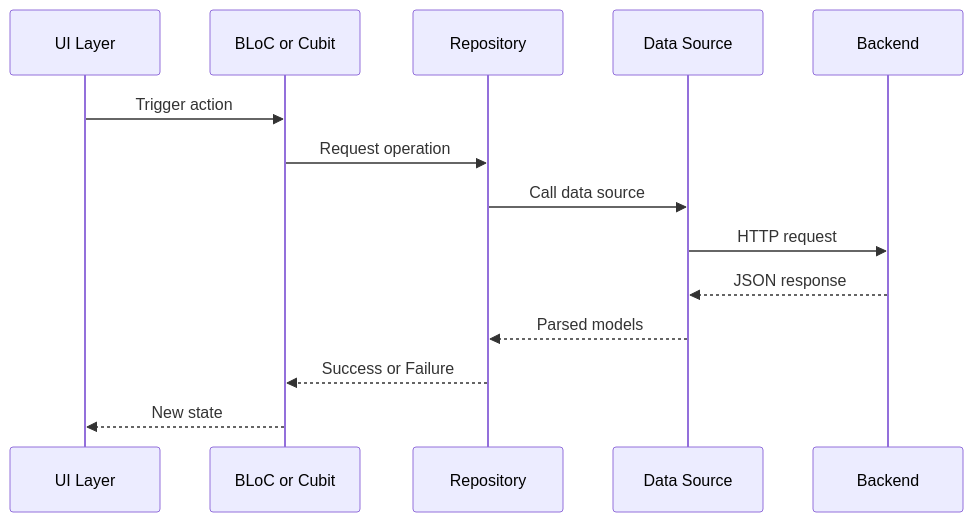
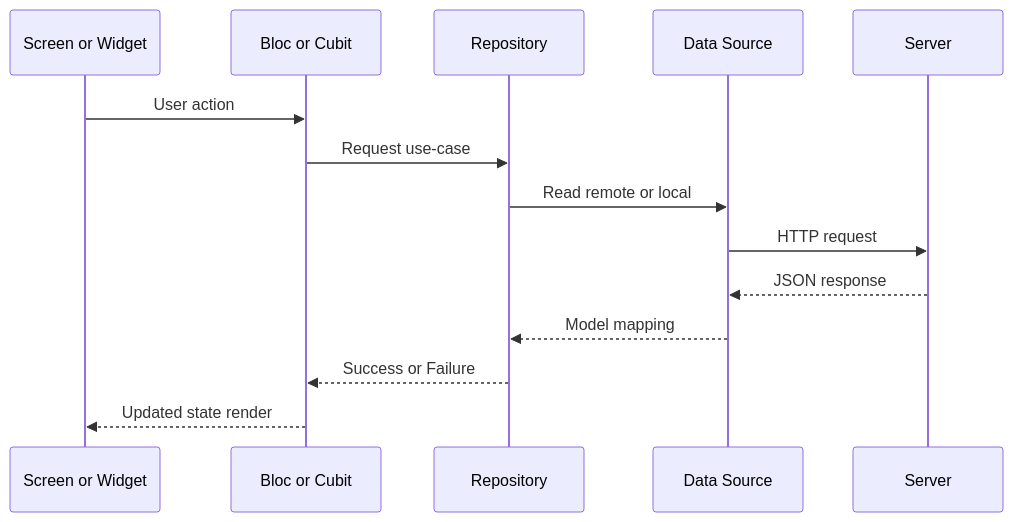
One commit to royalpandit/Oui-User changed the seventh of 7 diagrams in README.md. Above: the diagram before and after it, drawn with Mermaid. The commit also changed other lines of this file, not shown here.

````diff
--- a/README.md
+++ b/README.md
@@ -157,17 +199,17 @@
 ```mermaid
 sequenceDiagram
-	participant UI as UI Layer
-	participant B as BLoC or Cubit
-	participant R as Repository
-	participant DS as Data Source
-	participant API as Backend
+		participant UI as Screen or Widget
+		participant B as Bloc or Cubit
+		participant R as Repository
+		participant DS as Data Source
+		participant API as Server
 
-	UI->>B: Trigger action
-	B->>R: Request operation
-	R->>DS: Call data source
-	DS->>API: HTTP request
-	API-->>DS: JSON response
-	DS-->>R: Parsed models
-	R-->>B: Success or Failure
-	B-->>UI: New state
+		UI->>B: User action
+		B->>R: Request use-case
+		R->>DS: Read remote or local
+		DS->>API: HTTP request
+		API-->>DS: JSON response
+		DS-->>R: Model mapping
+		R-->>B: Success or Failure
+		B-->>UI: Updated state render
 ```
````
